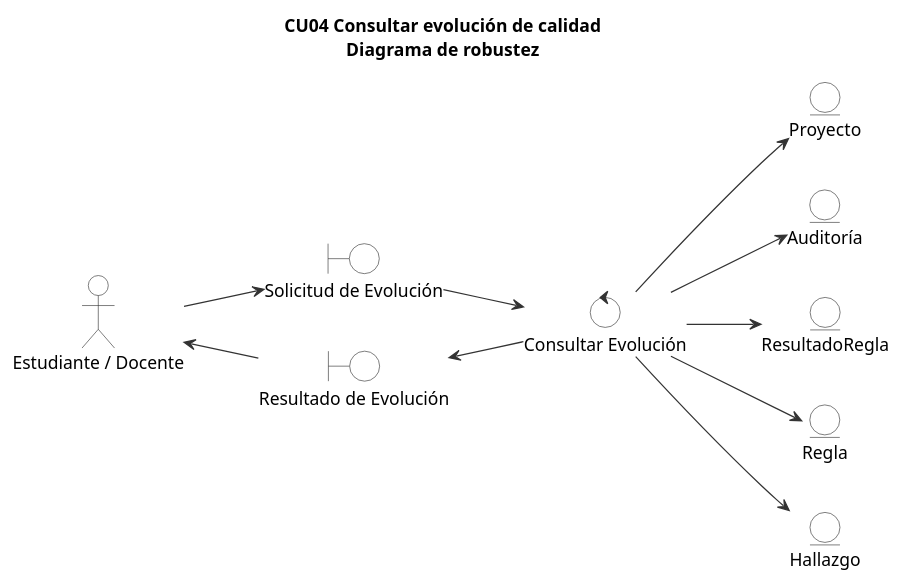
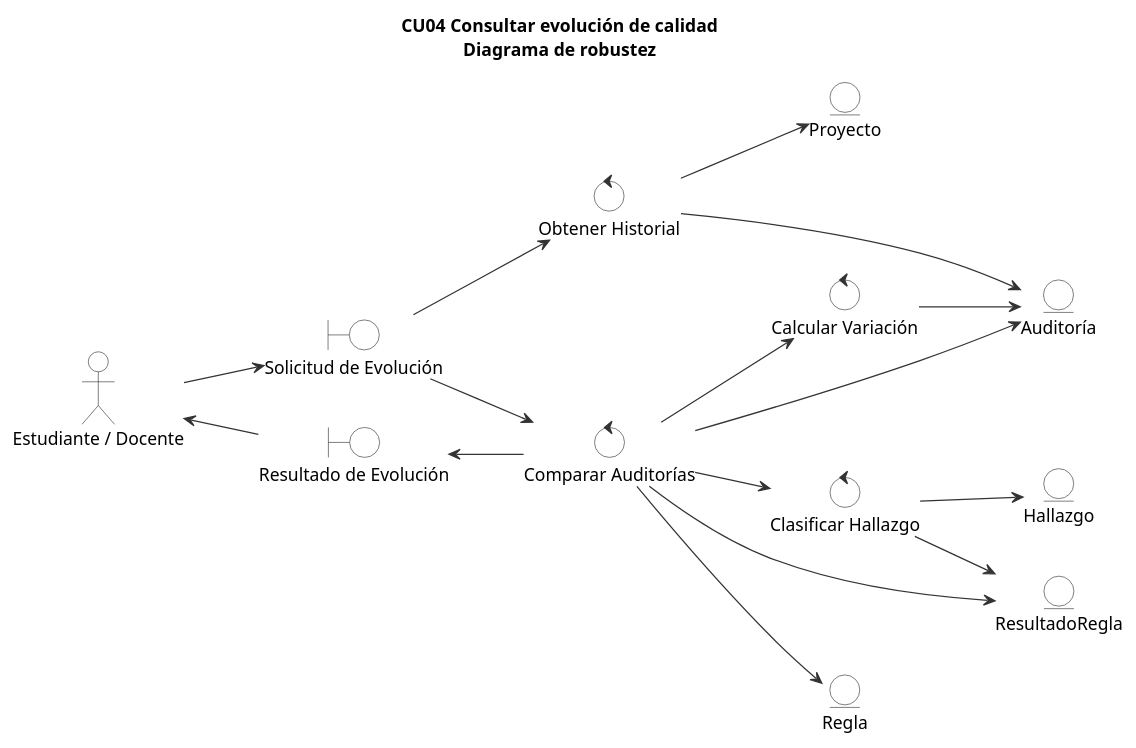
The diagram in docs/incremento2/robustnessDiagrams/cu04-consultarEvolucion.puml (ErickBaja05/GR4_1BT3_622_26B), drawn with PlantUML before and after one commit. The commit also changed 9 other files, not shown here.

Commit message:
update of the diagrams: CU3 and CU4

```diff
--- a/docs/incremento2/robustnessDiagrams/cu04-consultarEvolucion.puml
+++ b/docs/incremento2/robustnessDiagrams/cu04-consultarEvolucion.puml
@@ -1,46 +1,59 @@
 @startuml cu04_robustez
 skinparam style strictuml
 skinparam defaultFontName Arial
 skinparam ArrowColor #333333
 skinparam BoundaryBackgroundColor #FFFFFF
 skinparam BoundaryBorderColor #333333
 skinparam ControlBackgroundColor #FFFFFF
 skinparam ControlBorderColor #333333
 skinparam EntityBackgroundColor #FFFFFF
 skinparam EntityBorderColor #333333
 skinparam ActorBackgroundColor #FFFFFF
 skinparam ActorBorderColor #333333
 
 title CU04 Consultar evolución de calidad\nDiagrama de robustez
 
 left to right direction
 
 actor "Estudiante / Docente" as actor
 
 boundary "Solicitud de Evolución" as bSol
 boundary "Resultado de Evolución" as bRes
 
-control "Consultar Evolución" as cCon
+control "Obtener Historial" as cHis
+control "Comparar Auditorías" as cCom
+control "Calcular Variación" as cVar
+control "Clasificar Hallazgo" as cCla
 
 entity "Proyecto" as eProy
 entity "Auditoría" as eAud
 entity "ResultadoRegla" as eRes
 entity "Regla" as eReg
 entity "Hallazgo" as eHal
 
 ' El actor solo se conecta con boundaries
 actor --> bSol
 actor <-- bRes
 
-' Boundaries con el control
-bSol --> cCon
-bRes <-- cCon
+' Pasos 1-2: solicitar e informar el historial
+bSol --> cHis
+cHis --> eProy
+cHis --> eAud
 
-' El control solo lee entidades (no crea ni modifica ninguna)
-cCon --> eProy
-cCon --> eAud
-cCon --> eRes
-cCon --> eReg
-cCon --> eHal
+' Pasos 3-5: indicar dos auditorías, ordenar y obtener resultados
+bSol --> cCom
+cCom --> eAud
+cCom --> eRes
+cCom --> eReg
+
+' Pasos 6-7: calcular y clasificar (solo lectura, nada se guarda)
+cCom --> cVar
+cCom --> cCla
+cVar --> eAud
+cCla --> eRes
+cCla --> eHal
+
+' Paso 8: informar la evolución
+bRes <-- cCom
 
 @enduml
```
